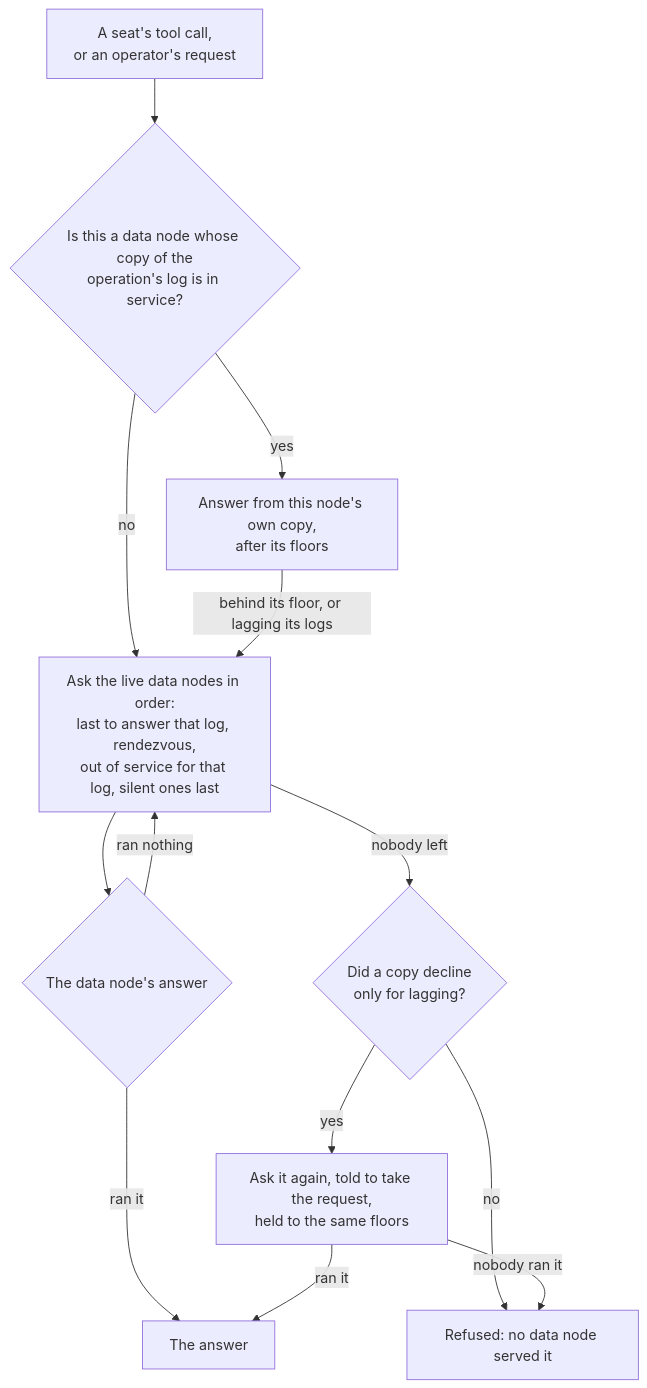
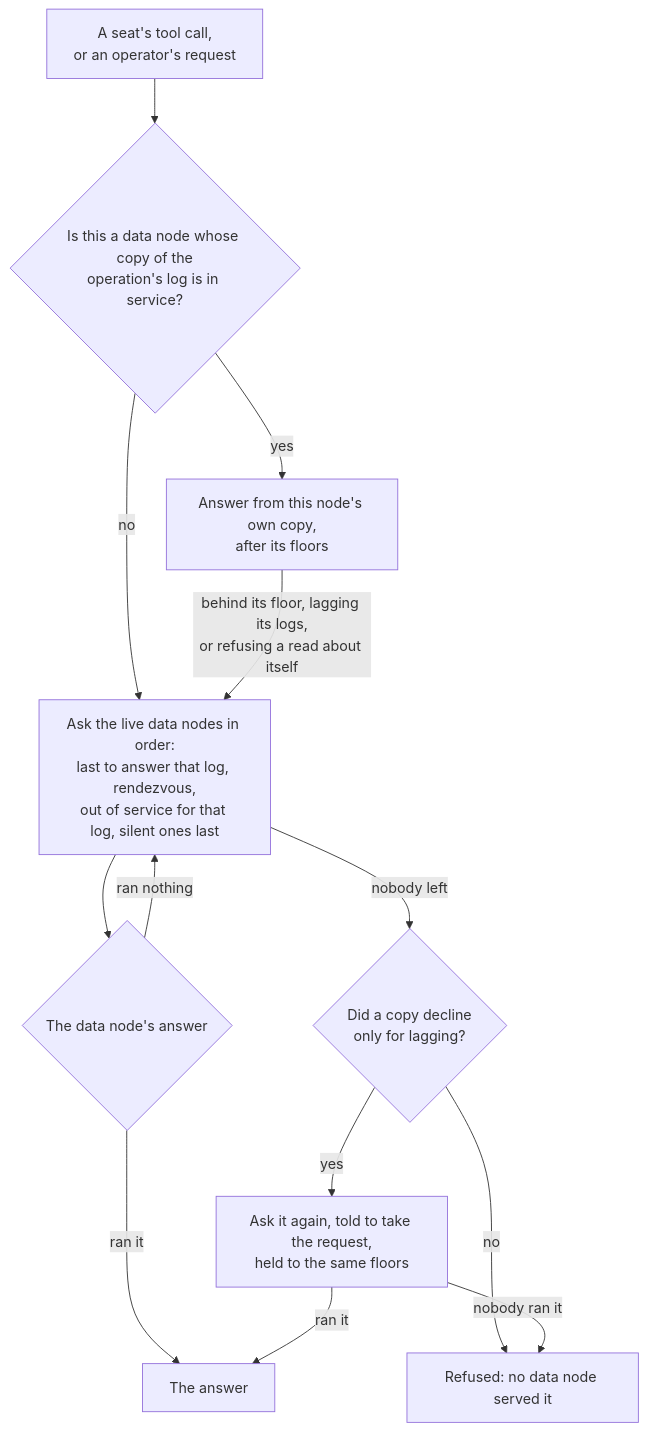
One commit to crewlet/crewlet changed the second of 2 diagrams in docs/concepts/scaling.md. Above: the diagram before and after it, drawn with Mermaid. The commit also changed other lines of this file and 14 other files, not shown here.

````diff
--- a/docs/concepts/scaling.md
+++ b/docs/concepts/scaling.md
@@ -151,15 +151,15 @@
 ```mermaid
 flowchart TD
     op[A seat's tool call,<br/>or an operator's request] --> local{Is this a data node whose copy of the<br/>operation's log is in service?}
     local -- yes --> own[Answer from this node's own copy,<br/>after its floors]
     local -- no --> order[Ask the live data nodes in order:<br/>last to answer that log, rendezvous,<br/>out of service for that log, silent ones last]
-    own -- behind its floor, or lagging its logs --> order
+    own -- behind its floor, lagging its logs,<br/>or refusing a read about itself --> order
     order --> reply{The data node's answer}
     reply -- ran it --> done[The answer]
     reply -- ran nothing --> order
     order -- nobody left --> lagging{Did a copy decline<br/>only for lagging?}
     lagging -- yes --> last[Ask it again, told to take the request,<br/>held to the same floors]
     last -- ran it --> done
     lagging -- no --> unserved[Refused: no data node served it]
     last -- nobody ran it --> unserved
 ```
````
